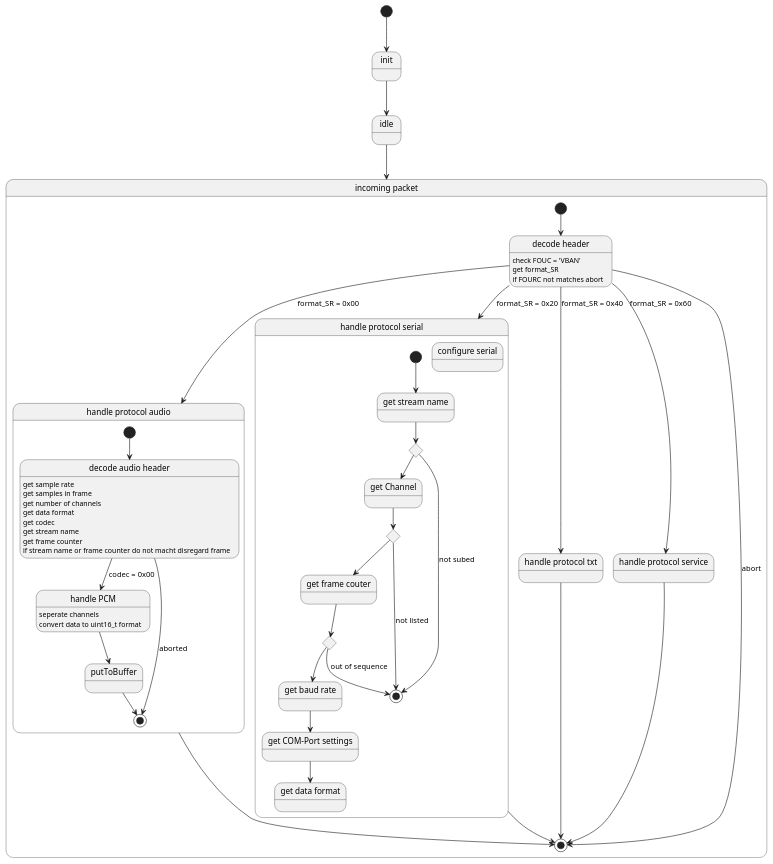
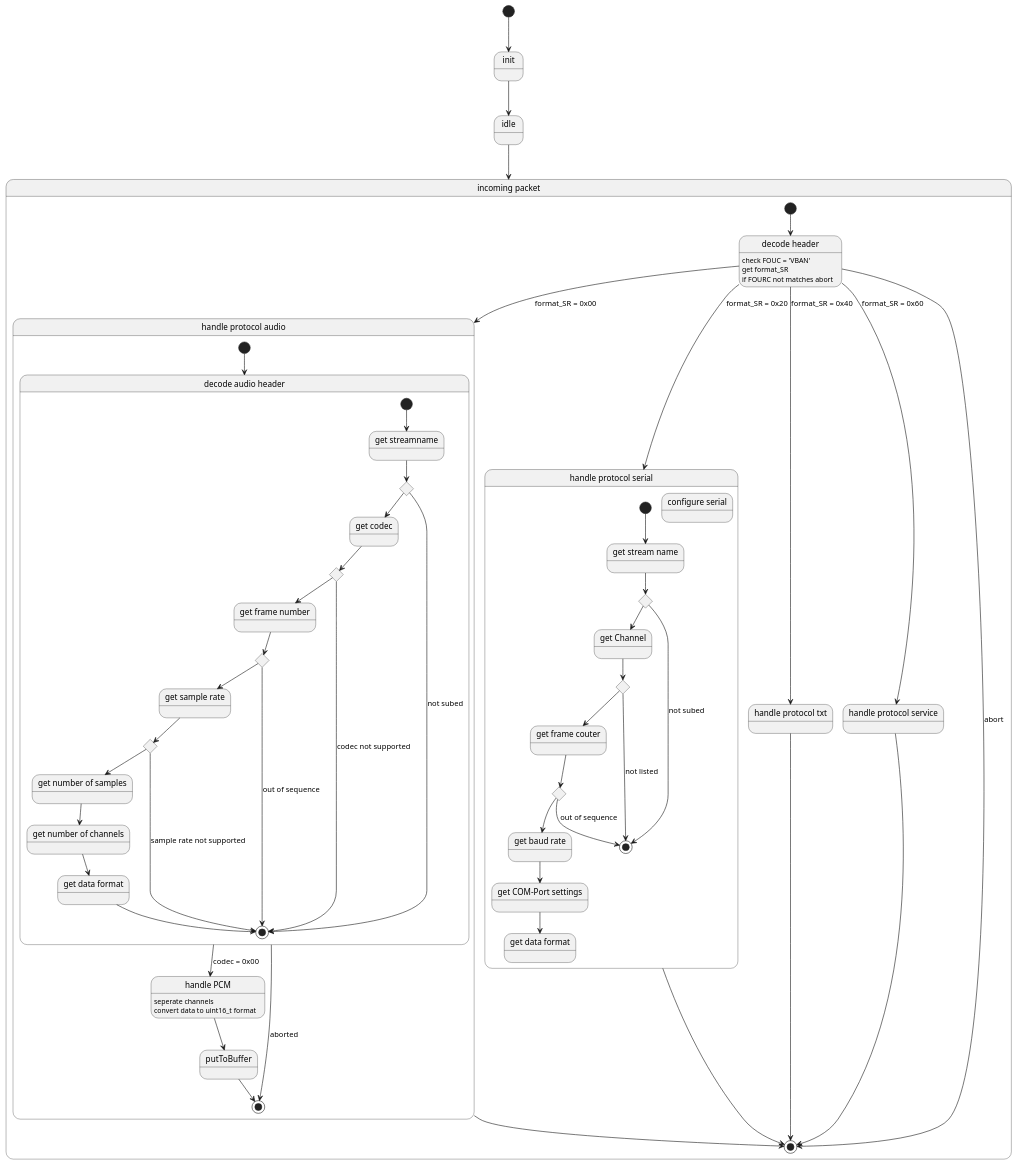
Before and after one commit to BrokuLP/VBAN_LIB: the diagram in docs/architecture.puml, drawn with PlantUML.

Commit message:
updated audio decode

```diff
--- a/docs/architecture.puml
+++ b/docs/architecture.puml
@@ -1,94 +1,121 @@
 @startuml state
     [*] --> init
     init --> idle
     idle --> recvPacket
     
     
     
 
     state "incoming packet" as recvPacket {
         [*] -d-> decHeader
 
         decHeader -d-> handelProtAudio : format_SR = 0x00
         decHeader -d-> handelProtSerial : format_SR = 0x20
         decHeader -d-> handelProtTxt : format_SR = 0x40
         decHeader -d-> handelProtService : format_SR = 0x60
         
         decHeader -d-> [*] : abort
         handelProtAudio -d-> [*]
         handelProtSerial -d-> [*]
         handelProtTxt -d-> [*]
         handelProtService -d-> [*]
 
         state "decode header" as decHeader{
             decHeader : check FOUC = 'VBAN'
             decHeader : get format_SR 
             decHeader : if FOURC not matches abort
         }
         state "handle protocol audio" as  handelProtAudio{
+
+            state "decode audio header" as decAudioHeader {
+
+                state "get sample rate" as protAudio_getSampleRate
+                state "get number of samples" as prodAudio_getSampleCount
+                state "get number of channels" as prodAudio_getChannelCount
+                state "get data format" as protAudio_getDataFormat
+                state "get codec" as prodAudio_getCodec
+                state "get streamname" as prodAudio_getStreamName
+                state "get frame number" as prodAudio_getFrameNumber
+                
+                state protAudio_checkStreamName <<choice>>
+                state protAudio_checkContinuity <<choice>>
+                state protAudio_checkSampleRate <<choice>>
+                state protAudio_checkCodec <<choice>>
+
+
+                [*] --> prodAudio_getStreamName
+                prodAudio_getStreamName --> protAudio_checkStreamName
+                protAudio_checkStreamName --> prodAudio_getCodec
+                prodAudio_getCodec --> protAudio_checkCodec
+                protAudio_checkCodec --> prodAudio_getFrameNumber
+                prodAudio_getFrameNumber --> protAudio_checkContinuity
+                protAudio_checkContinuity --> protAudio_getSampleRate
+                protAudio_getSampleRate --> protAudio_checkSampleRate
+                protAudio_checkSampleRate --> prodAudio_getSampleCount
+                prodAudio_getSampleCount --> prodAudio_getChannelCount
+                prodAudio_getChannelCount --> protAudio_getDataFormat
+                protAudio_getDataFormat --> [*]
+
+                protAudio_checkSampleRate --> [*] : sample rate not supported
+                protAudio_checkContinuity --> [*] : out of sequence
+                protAudio_checkStreamName --> [*] : not subed
+                protAudio_checkCodec --> [*] : codec not supported
+            }
+
             [*] -d-> decAudioHeader
             decAudioHeader -d-> handlePCM : codec = 0x00
             handlePCM -d-> putToBuffer
             putToBuffer -d-> [*]
             decAudioHeader -d-> [*] : aborted
 
-            state "decode audio header" as decAudioHeader {
-                decAudioHeader : get sample rate
-                decAudioHeader : get samples in frame
-                decAudioHeader : get number of channels
-                decAudioHeader : get data format
-                decAudioHeader : get codec
-                decAudioHeader : get stream name
-                decAudioHeader : get frame counter
-                decAudioHeader : if stream name or frame counter do not macht disregard frame
-            }
+            
             state "handle PCM" as handlePCM {
                 handlePCM : seperate channels
                 handlePCM : convert data to uint16_t format
             }
             
         }
         state "handle protocol serial" as  handelProtSerial{
             state "get stream name" as protSerial_getStreamName
             state protSerial_checkStreamName <<choice>>
             state "get Channel" as protSerial_getChannel
             state protSerial_checkChannel <<choice>>
             state "get frame couter" as protSerial_getFrameCounter
             state protSerial_checkSequence <<choice>>
             state "get baud rate" as protSerial_getBaudRate
             state "get COM-Port settings" as protSerial_getComSetting            
             state "get data format" as protSerial_getDataFormat
             
             
 
             state "configure serial" as protSerial_confSerialPort{
 
             }
 
             [*] --> protSerial_getStreamName
             protSerial_getStreamName --> protSerial_checkStreamName
             
             protSerial_checkStreamName --> [*] : not subed
             protSerial_checkStreamName --> protSerial_getChannel
 
             protSerial_getChannel --> protSerial_checkChannel
             protSerial_checkChannel --> [*] : not listed
             protSerial_checkChannel --> protSerial_getFrameCounter
             protSerial_getFrameCounter --> protSerial_checkSequence
             protSerial_checkSequence --> [*] : out of sequence 
             protSerial_checkSequence --> protSerial_getBaudRate
             protSerial_getBaudRate --> protSerial_getComSetting
             protSerial_getComSetting --> protSerial_getDataFormat
             
 
         }
         state "handle protocol txt" as  handelProtTxt{
             
         }
         state "handle protocol service" as  handelProtService{
             
         }
         
     }
     
 @enduml
```
